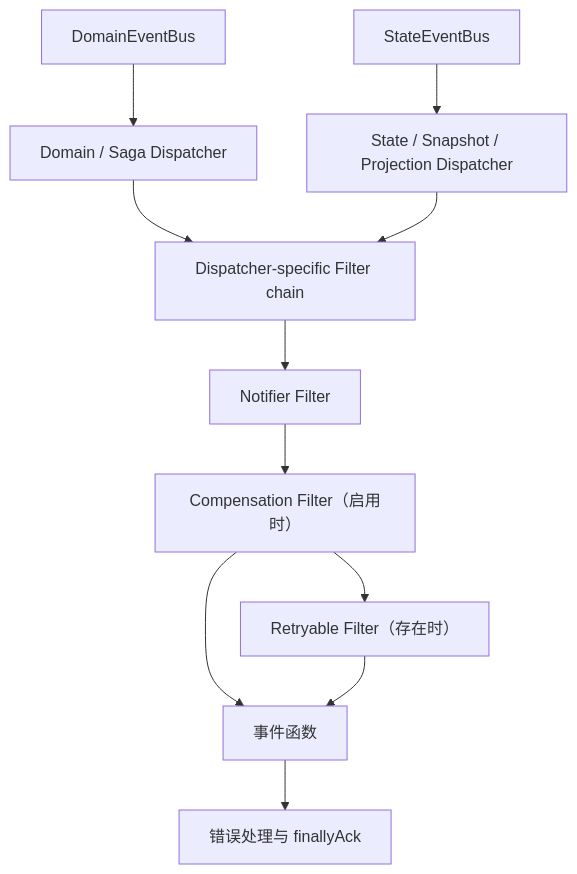
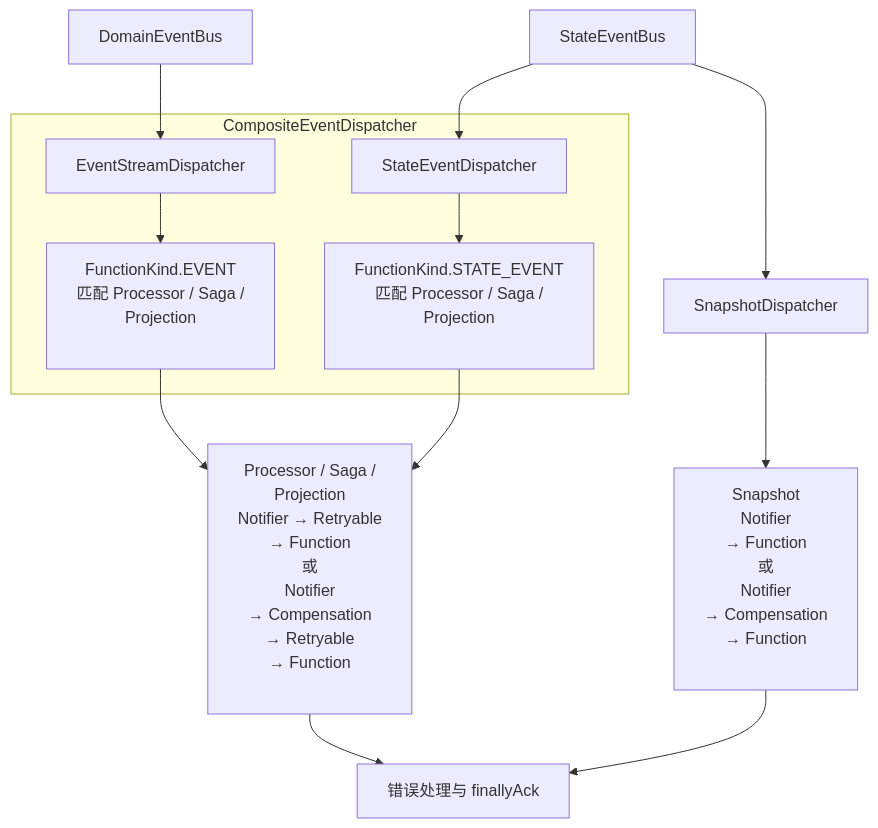
Before and after one commit to Ahoo-Wang/Wow: diagram 16 of 16 in document/design/2026-08-29-domain-command-event-diagrams-implementation-plan.md, drawn with Mermaid. The commit also changed other lines of this file and 11 other files, not shown here.

Commit message:
docs: correct final diagram semantics

````diff
--- a/document/design/2026-08-29-domain-command-event-diagrams-implementation-plan.md
+++ b/document/design/2026-08-29-domain-command-event-diagrams-implementation-plan.md
@@ -831,13 +852,15 @@
 ```mermaid
 flowchart TB
-    DomainBus["DomainEventBus"] --> DomainDispatcher["Domain / Saga Dispatcher"]
-    StateBus["StateEventBus"] --> StateDispatcher["State / Snapshot / Projection Dispatcher"]
-    DomainDispatcher --> Chain["Dispatcher-specific Filter chain"]
-    StateDispatcher --> Chain
-    Chain --> Notifier["Notifier Filter"]
-    Notifier --> Compensation["Compensation Filter（启用时）"]
-    Compensation --> Retryable["Retryable Filter（存在时）"]
-    Compensation --> Function["事件函数"]
-    Retryable --> Function
-    Function --> Ack["错误处理与 finallyAck"]
+    DomainBus["DomainEventBus"] --> EventStream["EventStreamDispatcher"]
+    StateBus["StateEventBus"] --> StateEvent["StateEventDispatcher"]
+    StateBus --> SnapshotDispatcher["SnapshotDispatcher"]
+    subgraph Composite["CompositeEventDispatcher"]
+        EventStream --> EventKind["FunctionKind.EVENT<br/>匹配 Processor / Saga /<br/>Projection<br/>&nbsp;"]
+        StateEvent --> StateKind["FunctionKind.STATE_EVENT<br/>匹配 Processor / Saga /<br/>Projection<br/>&nbsp;"]
+    end
+    EventKind --> EventChain["Processor / Saga /<br/>Projection<br/>Notifier → Retryable<br/>→ Function<br/>或<br/>Notifier<br/>→ Compensation<br/>→ Retryable<br/>→ Function<br/>&nbsp;"]
+    StateKind --> EventChain
+    SnapshotDispatcher --> SnapshotChain["Snapshot<br/>Notifier<br/>→ Function<br/>或<br/>Notifier<br/>→ Compensation<br/>→ Function<br/>&nbsp;"]
+    EventChain --> Boundary["错误处理与 finallyAck"]
+    SnapshotChain --> Boundary
 ```
````
